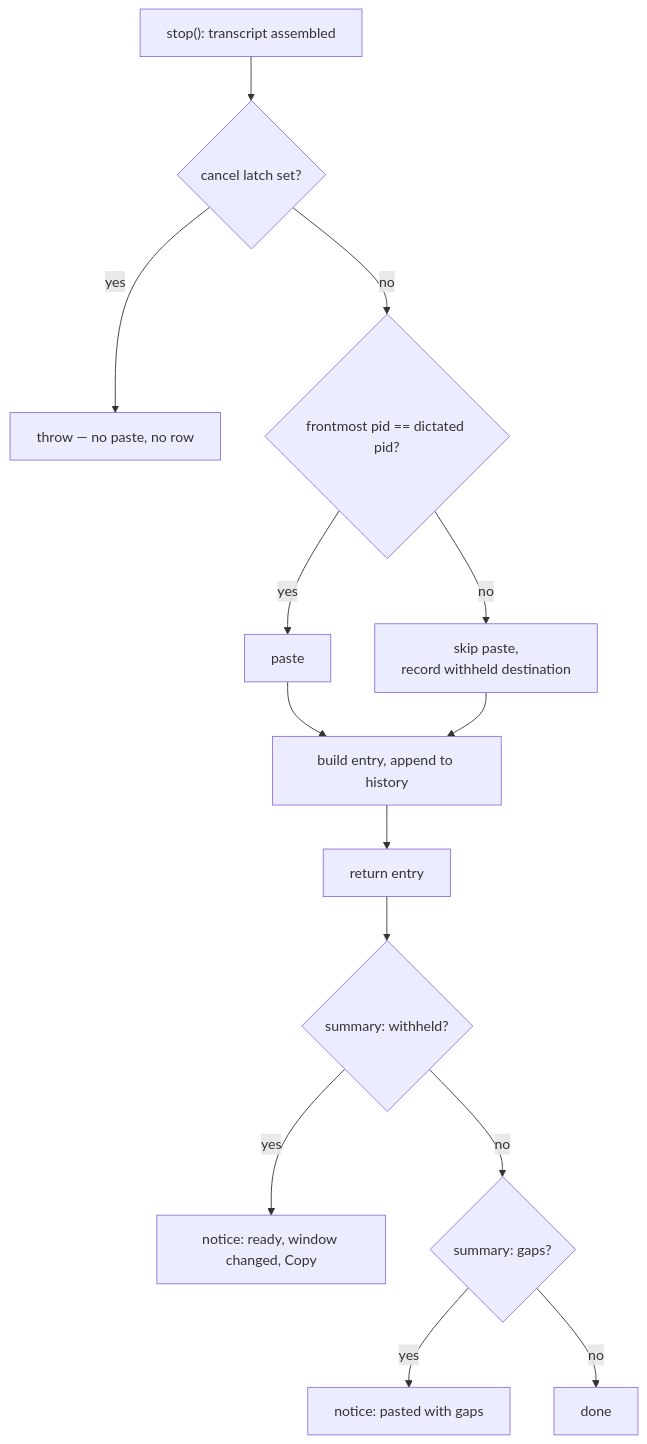
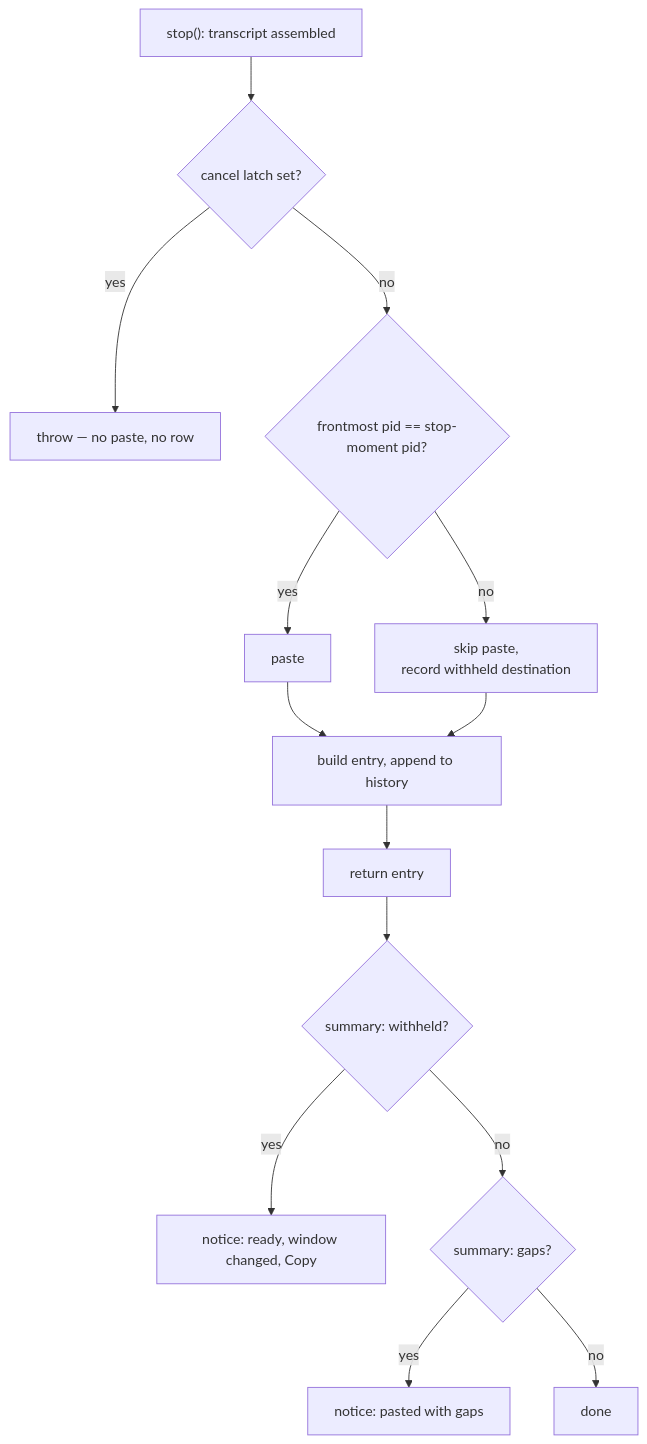
One commit to weylandd/NoType changed the second of 3 diagrams in docs/plans/2026-08-11-001-fix-dictation-delivery-reliability-plan.md. Above: the diagram before and after it, drawn with Mermaid. The commit also changed other lines of this file and 5 other files, not shown here.

````diff
--- a/docs/plans/2026-08-11-001-fix-dictation-delivery-reliability-plan.md
+++ b/docs/plans/2026-08-11-001-fix-dictation-delivery-reliability-plan.md
@@ -347,16 +347,16 @@
 ```mermaid
 flowchart TB
   A["stop(): transcript assembled"] --> B{"cancel latch set?"}
   B -->|yes| C["throw — no paste, no row"]
-  B -->|no| D{"frontmost pid == dictated pid?"}
+  B -->|no| D{"frontmost pid == stop-moment pid?"}
   D -->|yes| E["paste"]
   D -->|no| F["skip paste,<br/>record withheld destination"]
   E --> G["build entry, append to history"]
   F --> G
   G --> H["return entry"]
   H --> I{"summary: withheld?"}
   I -->|yes| J["notice: ready, window changed, Copy"]
   I -->|no| K{"summary: gaps?"}
   K -->|yes| L["notice: pasted with gaps"]
   K -->|no| M["done"]
 ```
````
